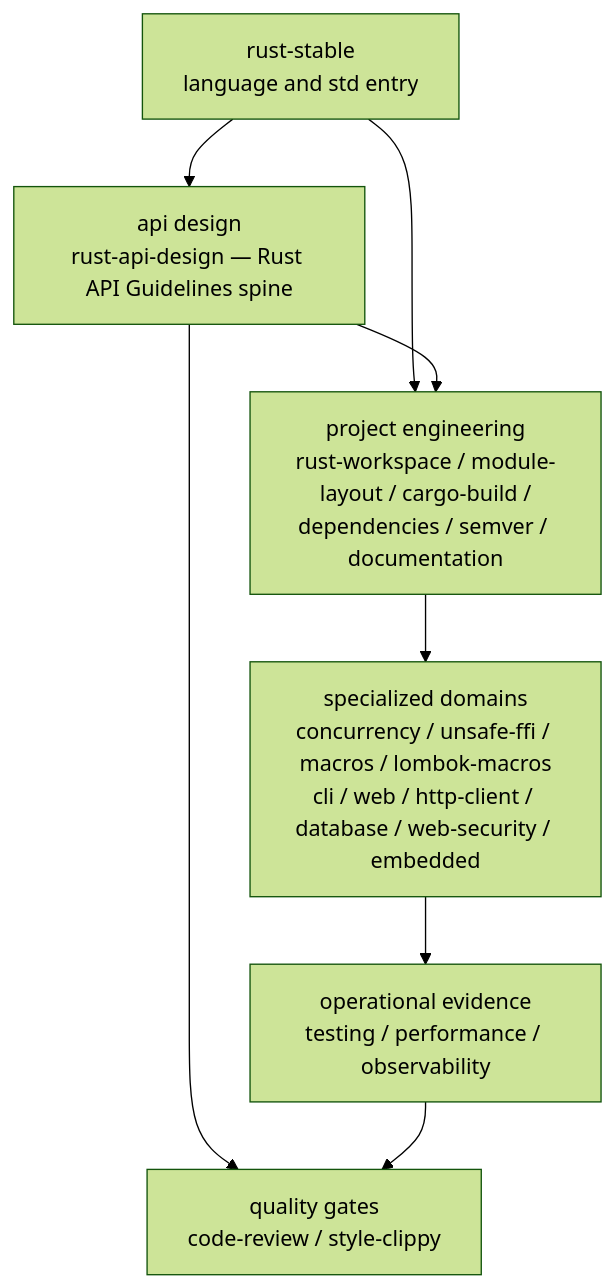
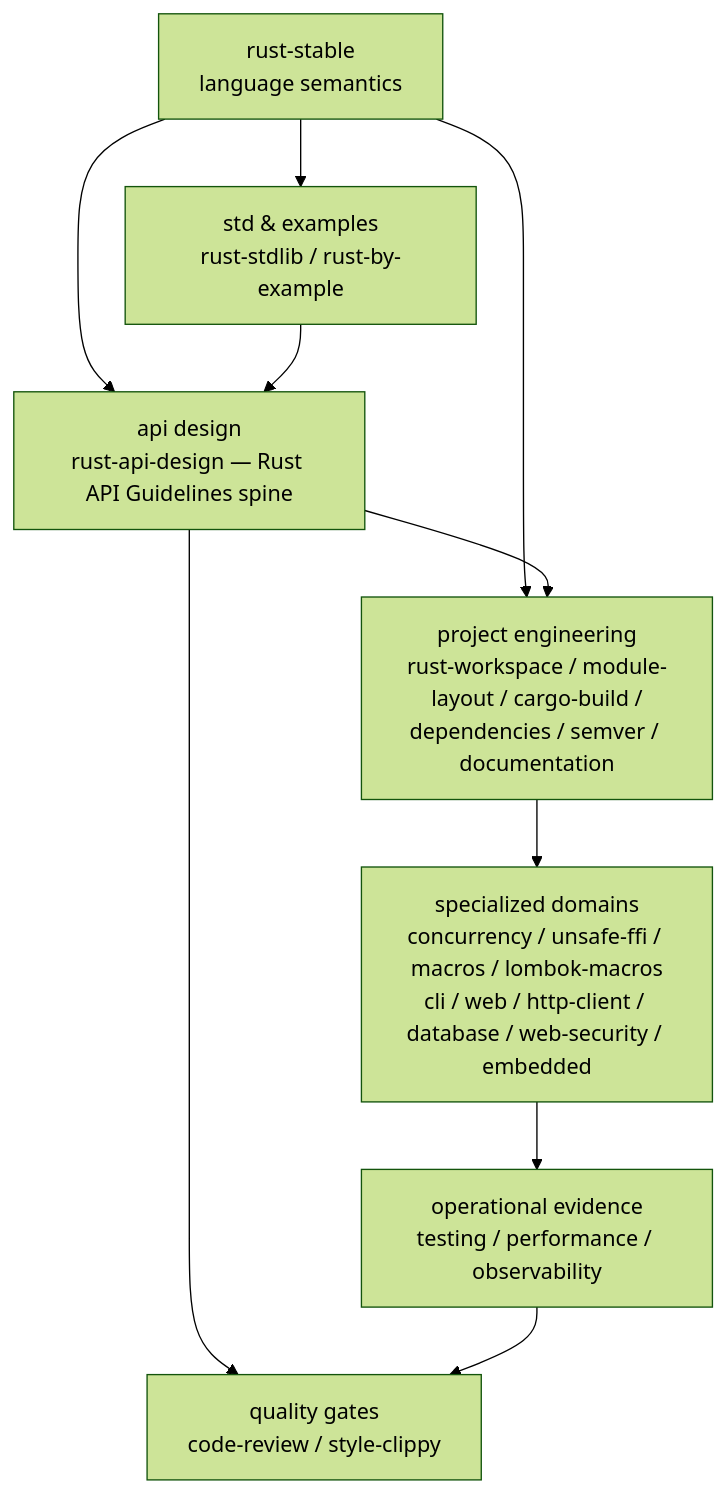
Before and after one commit to full-stack-skills/rust-skills: the diagram in README.md, drawn with Mermaid (forest theme). The commit also changed other lines of this file and 41 other files, not shown here.

````diff
--- a/README.md
+++ b/README.md
@@ -55,17 +55,20 @@
 ```mermaid
 flowchart TB
-    S["rust-stable<br/>language and std entry"]
+    S["rust-stable<br/>language semantics"]
+    L["std & examples<br/>rust-stdlib / rust-by-example"]
     A["api design<br/>rust-api-design — Rust API Guidelines spine"]
     P["project engineering<br/>rust-workspace / module-layout / cargo-build /<br/>dependencies / semver / documentation"]
     D["specialized domains<br/>concurrency / unsafe-ffi / macros / lombok-macros<br/>cli / web / http-client / database / web-security / embedded"]
     O["operational evidence<br/>testing / performance / observability"]
     Q["quality gates<br/>code-review / style-clippy"]
 
+    S --> L
     S --> A
+    L --> A
     S --> P
     A --> P
     A --> Q
     P --> D
     D --> O
     O --> Q
 ```
````
